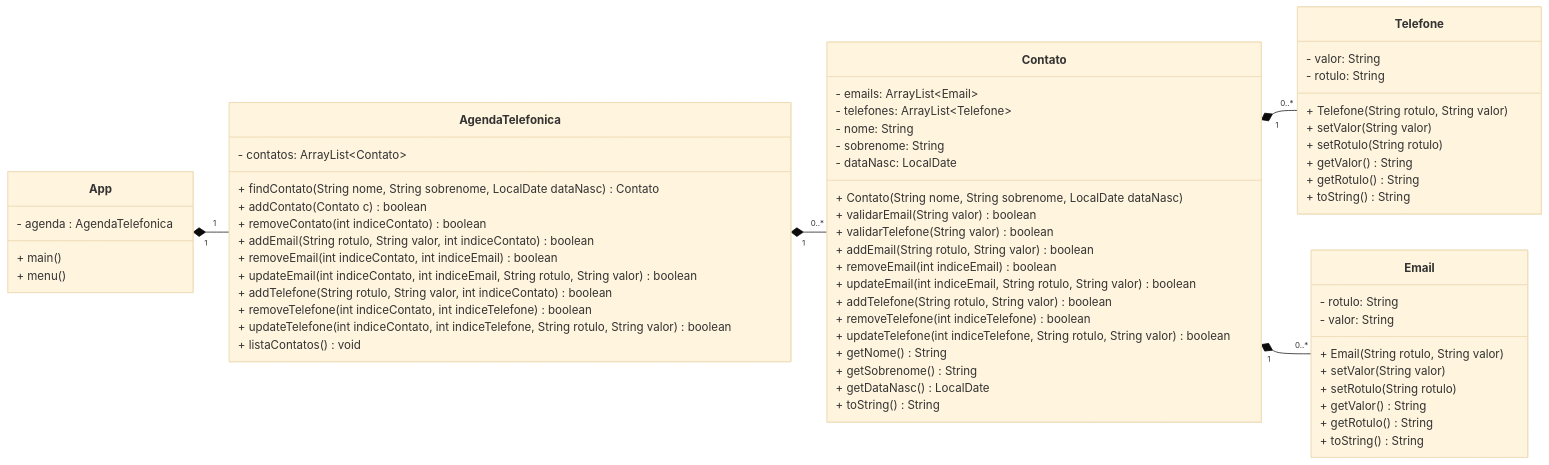
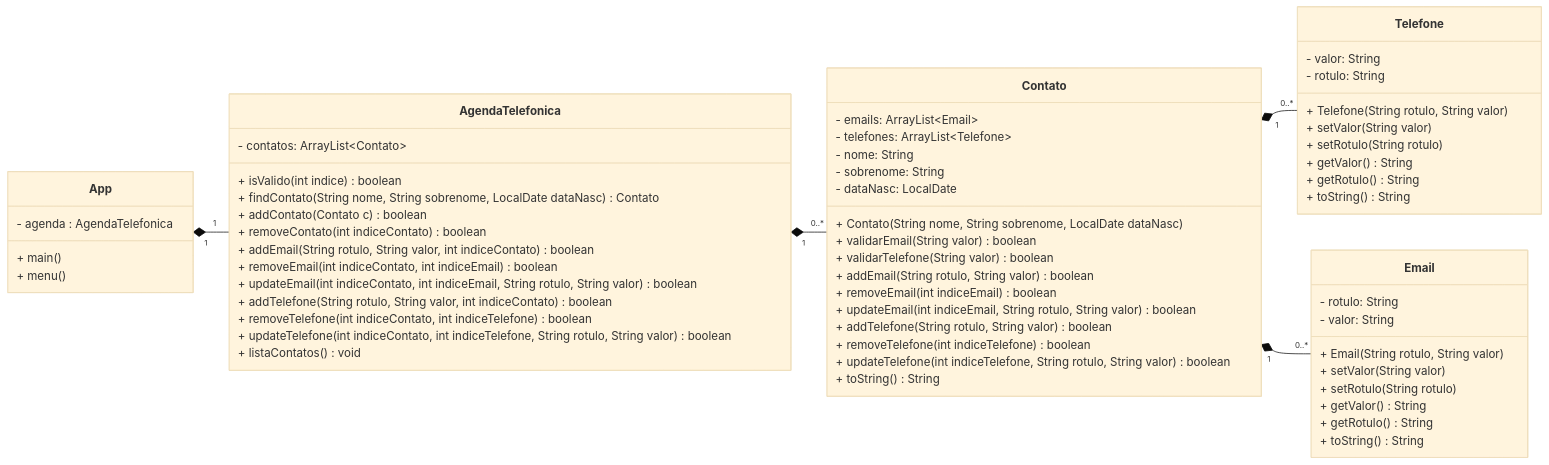
Before and after one commit to hiagosantos60/POO: the diagram in aula17/Readme.md, drawn with Mermaid (base theme).

Commit message:
Ajuste no UML

```diff
--- a/aula17/Readme.md
+++ b/aula17/Readme.md
@@ -12,7 +12,8 @@
 
     class AgendaTelefonica {
         - contatos: ArrayList~Contato~
-
+	
+	    + isValido(int indice) boolean
         + findContato(String nome, String sobrenome, LocalDate dataNasc) Contato
         + addContato(Contato c) boolean
         + removeContato(int indiceContato) boolean
@@ -48,10 +49,6 @@
         + removeTelefone(int indiceTelefone) boolean
         + updateTelefone(int indiceTelefone, String rotulo, String valor) boolean
 
-        + getNome() String
-        + getSobrenome() String
-        + getDataNasc() LocalDate
-
         + toString() String
     }
 
```
